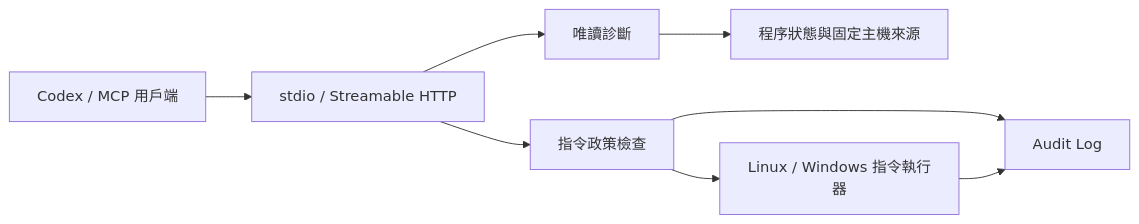
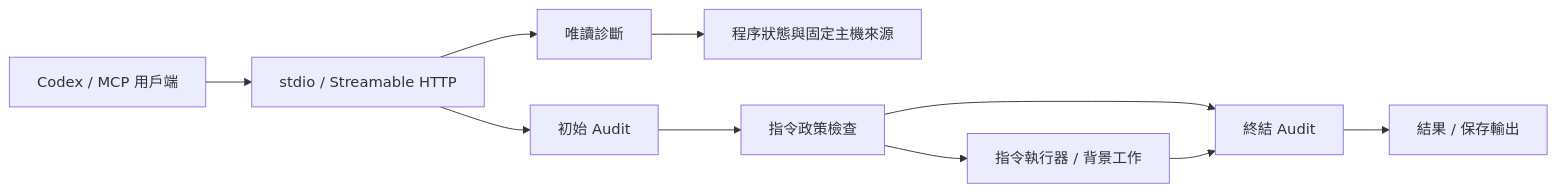
Before and after one commit to HsinPu/command-bridge-mcp-server: the diagram in README.zh-TW.md, drawn with Mermaid. The commit also changed other lines of this file and 15 other files, not shown here.

````diff
--- a/README.zh-TW.md
+++ b/README.zh-TW.md
@@ -40,10 +45,12 @@
 ```mermaid
 flowchart LR
     Client["Codex / MCP 用戶端"] --> Transport["stdio / Streamable HTTP"]
     Transport --> Diagnostics["唯讀診斷"]
     Diagnostics --> State["程序狀態與固定主機來源"]
-    Transport --> Policy["指令政策檢查"]
-    Policy --> Executor["Linux / Windows 指令執行器"]
-    Policy --> Audit["Audit Log"]
-    Executor --> Audit
+    Transport --> Attempt["初始 Audit"]
+    Attempt --> Policy["指令政策檢查"]
+    Policy --> Executor["指令執行器 / 背景工作"]
+    Policy --> Terminal["終結 Audit"]
+    Executor --> Terminal
+    Terminal --> Result["結果 / 保存輸出"]
 ```
````
